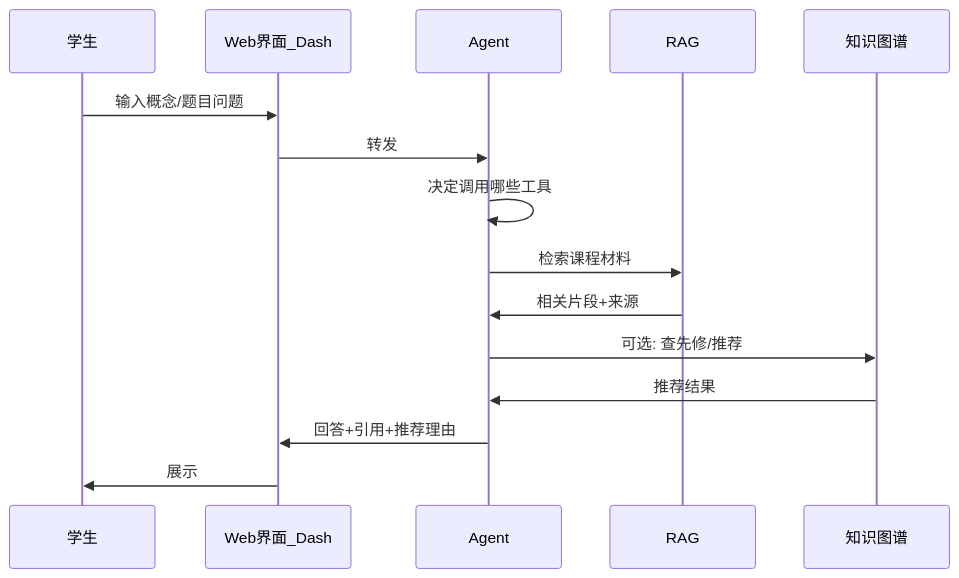
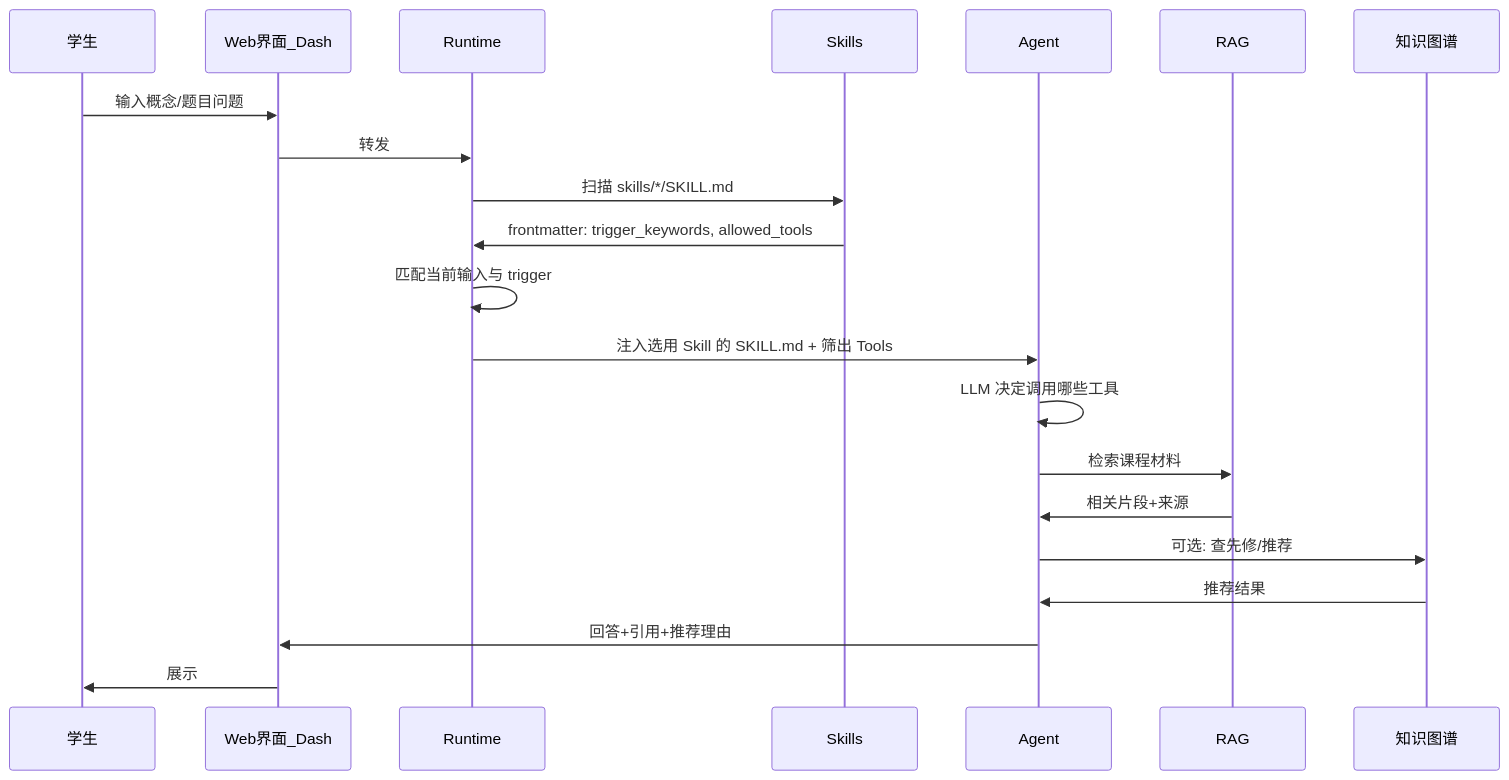
One commit to GoingFall/Agentic-AI-for-Education changed the fourth of 5 diagrams in docs/discussion.md. Above: the diagram before and after it, drawn with Mermaid. The commit also changed other lines of this file, not shown here.

Commit message:
docs(discussion): merge Skill and demo sequence diagrams into one in 搂4

````diff
--- a/docs/discussion.md
+++ b/docs/discussion.md
@@ -388,18 +374,24 @@
 ```mermaid
 sequenceDiagram
   participant Student as 学生
   participant Web as Web界面_Dash
+  participant Runtime as Runtime
+  participant Skills as Skills
   participant Agent as Agent
   participant RAG as RAG
   participant KG as 知识图谱
 
   Student->>Web: 输入概念/题目问题
-  Web->>Agent: 转发
-  Agent->>Agent: 决定调用哪些工具
+  Web->>Runtime: 转发
+  Runtime->>Skills: 扫描 skills/*/SKILL.md
+  Skills->>Runtime: frontmatter: trigger_keywords, allowed_tools
+  Runtime->>Runtime: 匹配当前输入与 trigger
+  Runtime->>Agent: 注入选用 Skill 的 SKILL.md + 筛出 Tools
+  Agent->>Agent: LLM 决定调用哪些工具
   Agent->>RAG: 检索课程材料
   RAG->>Agent: 相关片段+来源
   Agent->>KG: 可选: 查先修/推荐
   KG->>Agent: 推荐结果
   Agent->>Web: 回答+引用+推荐理由
   Web->>Student: 展示
 ```
````
